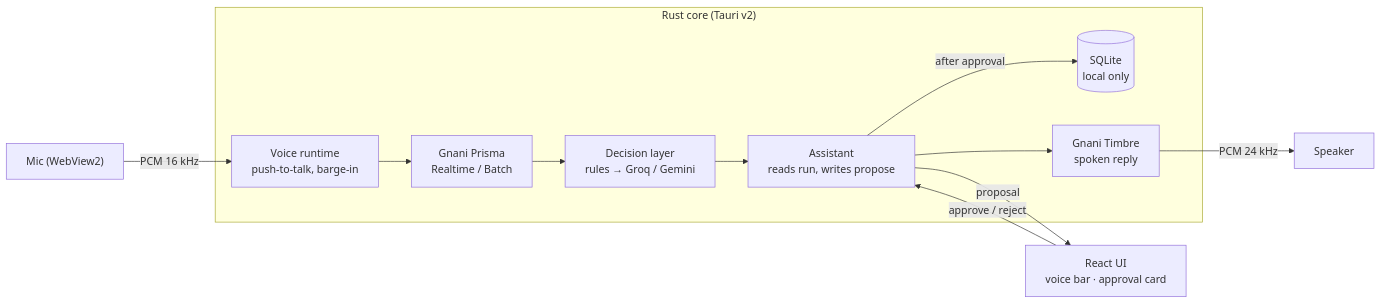
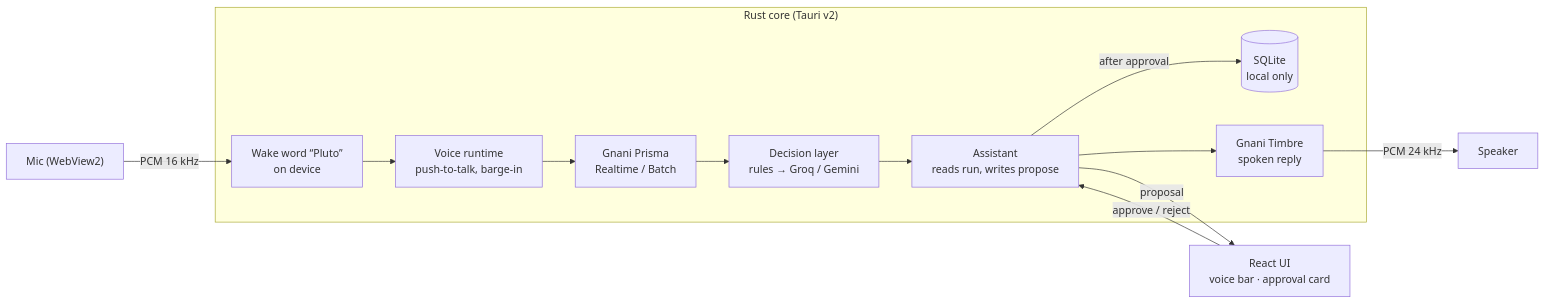
The diagram in README.md (yokshith09/PLUTO4GNANI), drawn with Mermaid before and after one commit. The commit also changed other lines of this file, not shown here.

Commit message:
docs(readme): always-on "Pluto" wake word, voice approval, spoken recall, Cloud voice gate and safety results

````diff
--- a/README.md
+++ b/README.md
@@ -77,14 +84,15 @@
 ```mermaid
 flowchart LR
-    Mic["Mic (WebView2)"] -->|PCM 16 kHz| Runtime
+    Mic["Mic (WebView2)"] -->|PCM 16 kHz| Wake
     subgraph Rust["Rust core (Tauri v2)"]
+        Wake["Wake word “Pluto”<br/>on device"] --> Runtime
         Runtime["Voice runtime<br/>push-to-talk, barge-in"] --> Prisma["Gnani Prisma<br/>Realtime / Batch"]
         Prisma --> Decide["Decision layer<br/>rules → Groq / Gemini"]
         Decide --> Assistant["Assistant<br/>reads run, writes propose"]
         Assistant -->|after approval| DB[("SQLite<br/>local only")]
         Assistant --> Timbre["Gnani Timbre<br/>spoken reply"]
     end
     Assistant -->|proposal| UI["React UI<br/>voice bar · approval card"]
     UI -->|approve / reject| Assistant
     Timbre -->|PCM 24 kHz| Speaker["Speaker"]
 ```
````
